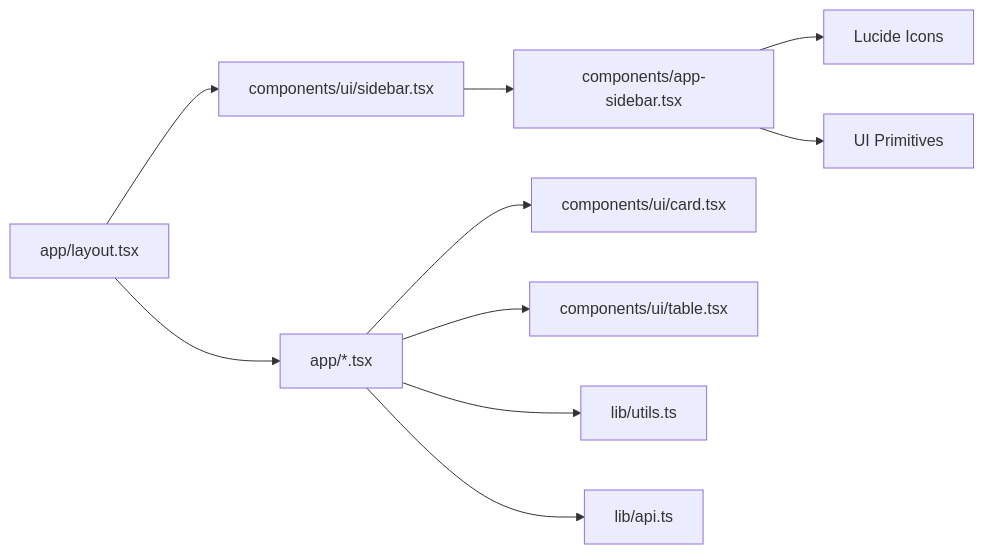
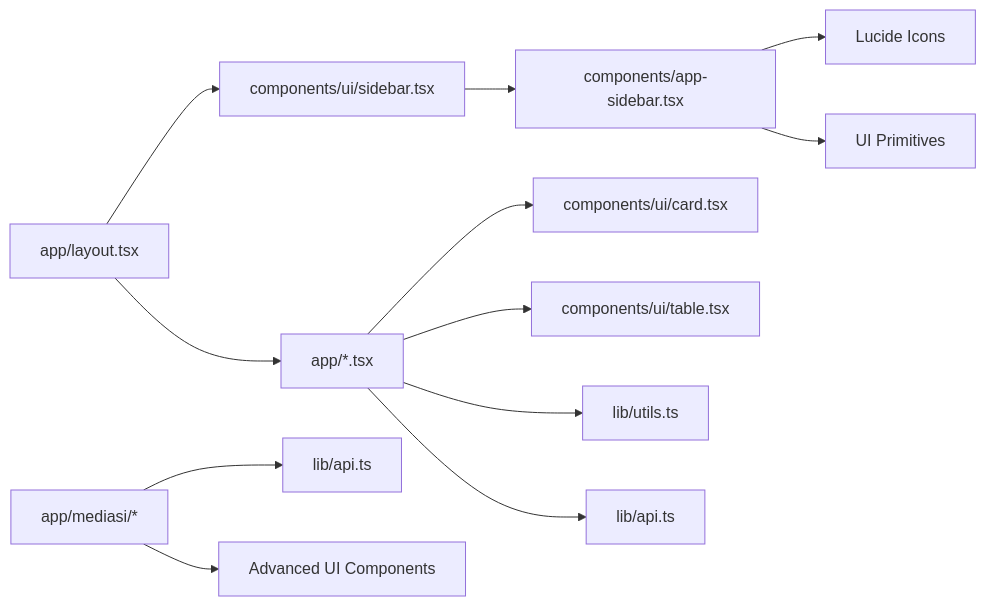
Before and after one commit to backuppapnj/admin-panel: diagram 11 of 11 in .qoder/repowiki/en/content/Core Components/Layout and Navigation.md, drawn with Mermaid. The commit also changed other lines of this file and 10 other files, not shown here.

Commit message:
Add inovasi module and mediasi documentation, update sidebar and API

````diff
--- a/.qoder/repowiki/en/content/Core Components/Layout and Navigation.md
+++ b/.qoder/repowiki/en/content/Core Components/Layout and Navigation.md
@@ -325,12 +382,14 @@
 ```mermaid
 graph LR
 Root["app/layout.tsx"] --> Provider["components/ui/sidebar.tsx"]
 Provider --> Sidebar["components/app-sidebar.tsx"]
 Sidebar --> Icons["Lucide Icons"]
 Sidebar --> UI["UI Primitives"]
 Root --> Pages["app/*.tsx"]
 Pages --> Cards["components/ui/card.tsx"]
 Pages --> Tables["components/ui/table.tsx"]
 Pages --> Utils["lib/utils.ts"]
 Pages --> API["lib/api.ts"]
+Mediasi["app/mediasi/*"] --> MediasiAPI["lib/api.ts"]
+Mediasi --> MediasiUI["Advanced UI Components"]
 ```
````
